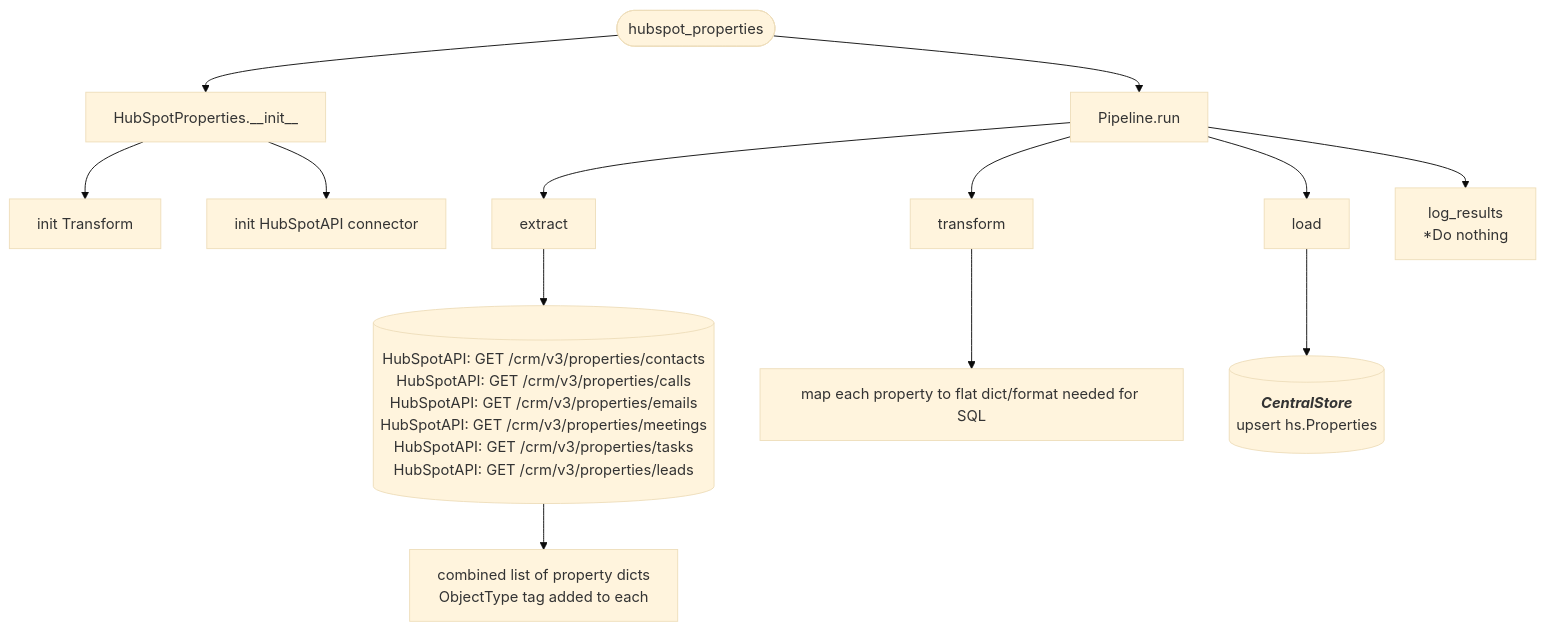
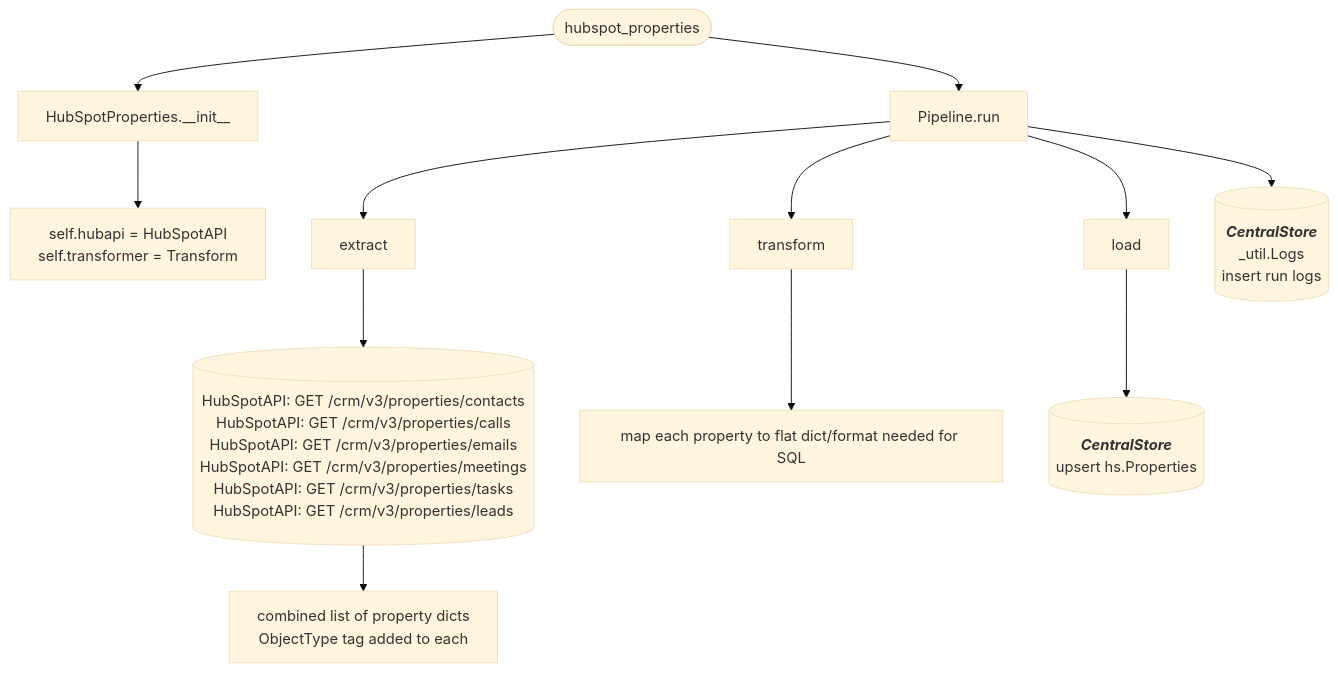
The diagram in docs/pipelines/hubspot_properties.md (journeyhl/integration-platform), drawn with Mermaid (base theme) before and after one commit. The commit also changed 25 other files, not shown here.

````diff
--- a/docs/pipelines/hubspot_properties.md
+++ b/docs/pipelines/hubspot_properties.md
@@ -1,30 +1,35 @@
 ```mermaid
 %%{init: {"flowchart": {"wrappingWidth": 400}}}%%
 flowchart TD
     A([hubspot_properties]) --> B[HubSpotProperties.__init__]
-    B --> B1[init Transform]
-    B --> B2[init HubSpotAPI connector]
+    B --> B1[
+        self.hubapi = HubSpotAPI
+        self.transformer = Transform
+    ]
     A --> RUN[Pipeline.run]
 
     RUN --> EX[extract]
     
     EX --> HS[(HubSpotAPI: GET /crm/v3/properties/contacts
     HubSpotAPI: GET /crm/v3/properties/calls
     HubSpotAPI: GET /crm/v3/properties/emails
     HubSpotAPI: GET /crm/v3/properties/meetings
     HubSpotAPI: GET /crm/v3/properties/tasks
     HubSpotAPI: GET /crm/v3/properties/leads
     )]
     HS --> EX_OUT[combined list of property dicts<br/>ObjectType tag added to each]
 
     RUN --> TR[transform]
     TR --> T1[map each property to flat dict/format needed for SQL]
 
     RUN --> LD[load]
     LD --> CS1[(
         <b><i>CentralStore</i></b>
         upsert hs.Properties
     )]
 
-    RUN --> LR[log_results<br/>*Do nothing]
+    RUN --> LOGS[(
+        <b><i>CentralStore</i></b>
+        _util.Logs<br/>insert run logs
+    )]
 ```
````
